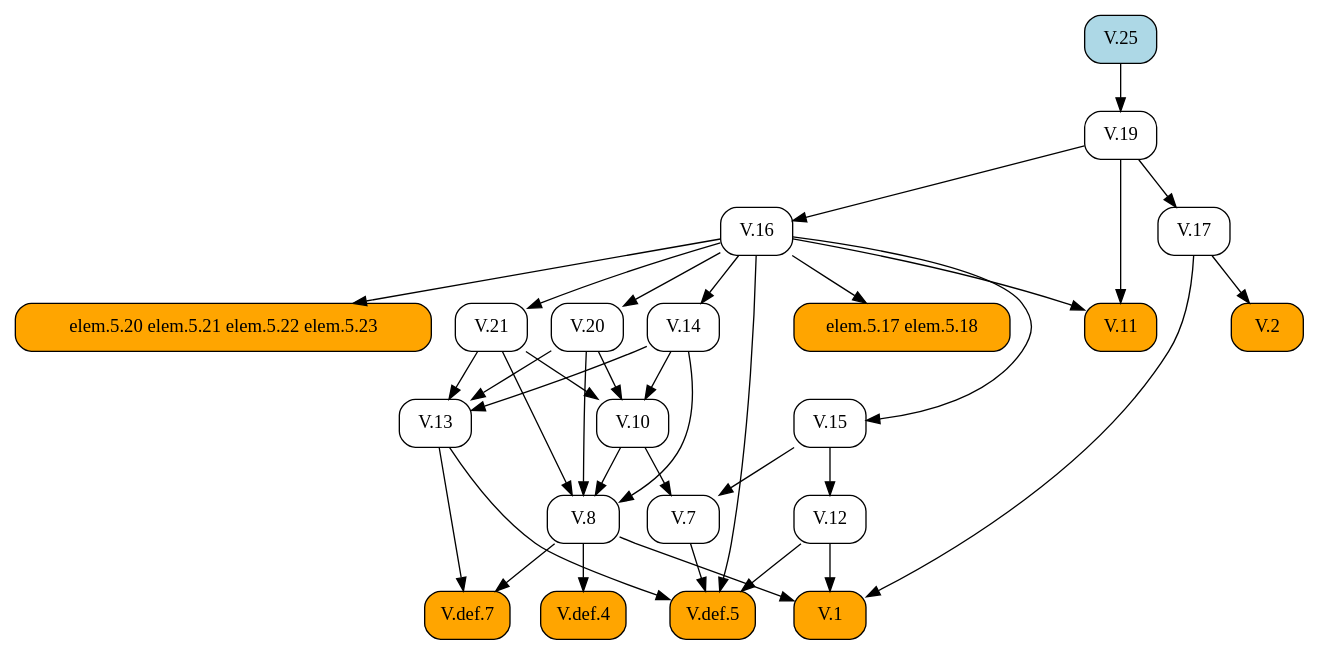
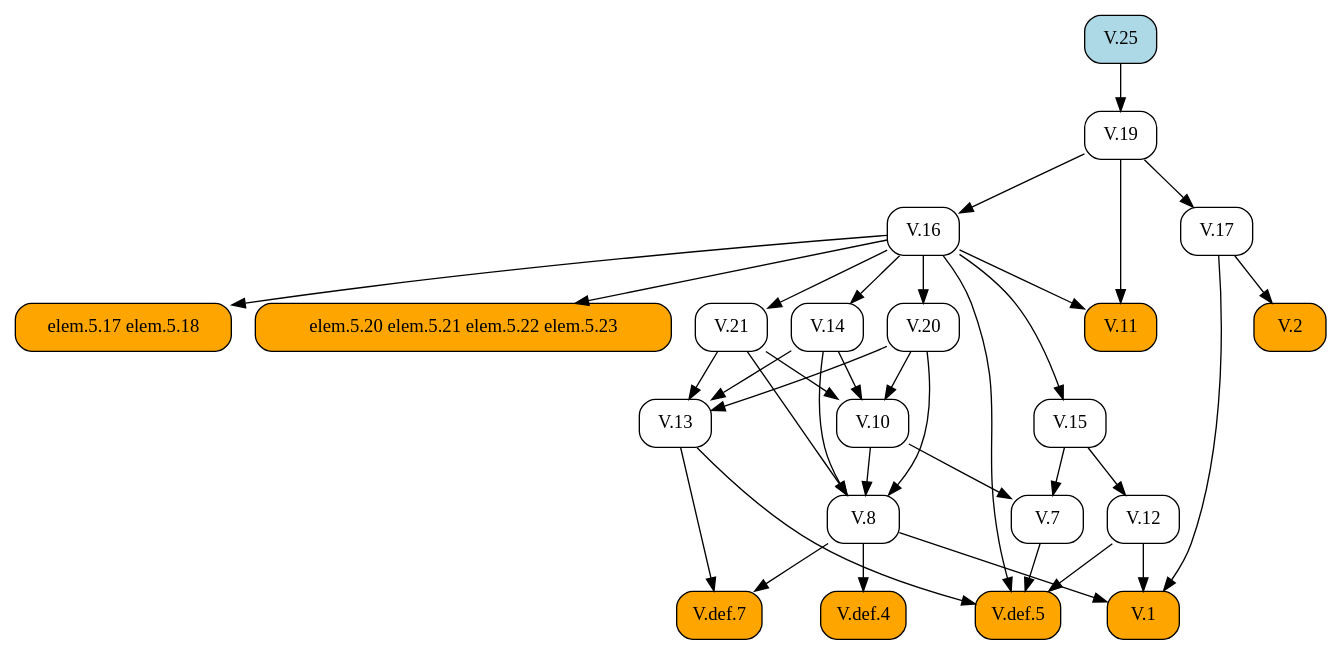
One commit to geometor/elements changed the diagram in docsrc/elements2/V/25/index.rst. Above: the diagram before and after it, drawn with Graphviz. The commit also changed other lines of this file and 171 other files, not shown here.

```diff
--- a/docsrc/elements2/V/25/index.rst
+++ b/docsrc/elements2/V/25/index.rst
@@ -60,62 +60,62 @@
 .. graphviz::
 
    digraph {
      rankdir="TB";
      node [shape=box, style=rounded];
+     "V.20" [URL="/elements2/V/20/", target="_top"];
+     "V.14" [URL="/elements2/V/14/", target="_top"];
+     "V.10" [URL="/elements2/V/10/", target="_top"];
+     "V.25" [style="rounded,filled", fillcolor=lightblue, URL="/elements2/V/25/", target="_top"];
+     "V.def.5" [style="rounded,filled", fillcolor=orange, URL="/elements2/V/def.5/", target="_top"];
+     "V.def.4" [style="rounded,filled", fillcolor=orange, URL="/elements2/V/def.4/", target="_top"];
+     "V.2" [style="rounded,filled", fillcolor=orange, URL="/elements2/V/2/", target="_top"];
+     "V.7" [URL="/elements2/V/7/", target="_top"];
      "elem.5.17 elem.5.18" [style="rounded,filled", fillcolor=orange];
+     "V.13" [URL="/elements2/V/13/", target="_top"];
+     "V.11" [style="rounded,filled", fillcolor=orange, URL="/elements2/V/11/", target="_top"];
+     "V.1" [style="rounded,filled", fillcolor=orange, URL="/elements2/V/1/", target="_top"];
+     "elem.5.20 elem.5.21 elem.5.22 elem.5.23" [style="rounded,filled", fillcolor=orange];
+     "V.12" [URL="/elements2/V/12/", target="_top"];
+     "V.21" [URL="/elements2/V/21/", target="_top"];
      "V.16" [URL="/elements2/V/16/", target="_top"];
-     "V.1" [style="rounded,filled", fillcolor=orange, URL="/elements2/V/1/", target="_top"];
-     "V.7" [URL="/elements2/V/7/", target="_top"];
-     "V.21" [URL="/elements2/V/21/", target="_top"];
+     "V.19" [URL="/elements2/V/19/", target="_top"];
+     "V.15" [URL="/elements2/V/15/", target="_top"];
      "V.8" [URL="/elements2/V/8/", target="_top"];
-     "elem.5.20 elem.5.21 elem.5.22 elem.5.23" [style="rounded,filled", fillcolor=orange];
-     "V.def.5" [style="rounded,filled", fillcolor=orange, URL="/elements2/V/def.5/", target="_top"];
      "V.def.7" [style="rounded,filled", fillcolor=orange, URL="/elements2/V/def.7/", target="_top"];
-     "V.def.4" [style="rounded,filled", fillcolor=orange, URL="/elements2/V/def.4/", target="_top"];
-     "V.11" [style="rounded,filled", fillcolor=orange, URL="/elements2/V/11/", target="_top"];
-     "V.25" [style="rounded,filled", fillcolor=lightblue, URL="/elements2/V/25/", target="_top"];
-     "V.10" [URL="/elements2/V/10/", target="_top"];
      "V.17" [URL="/elements2/V/17/", target="_top"];
-     "V.12" [URL="/elements2/V/12/", target="_top"];
-     "V.2" [style="rounded,filled", fillcolor=orange, URL="/elements2/V/2/", target="_top"];
-     "V.19" [URL="/elements2/V/19/", target="_top"];
-     "V.14" [URL="/elements2/V/14/", target="_top"];
-     "V.15" [URL="/elements2/V/15/", target="_top"];
-     "V.13" [URL="/elements2/V/13/", target="_top"];
-     "V.20" [URL="/elements2/V/20/", target="_top"];
+     "V.16" -> "V.20";
+     "V.16" -> "V.14";
+     "V.14" -> "V.10";
+     "V.20" -> "V.10";
+     "V.21" -> "V.10";
+     "V.7" -> "V.def.5";
+     "V.12" -> "V.def.5";
+     "V.13" -> "V.def.5";
+     "V.16" -> "V.def.5";
+     "V.8" -> "V.def.4";
+     "V.17" -> "V.2";
+     "V.10" -> "V.7";
+     "V.15" -> "V.7";
      "V.16" -> "elem.5.17 elem.5.18";
-     "V.19" -> "V.16";
+     "V.14" -> "V.13";
+     "V.20" -> "V.13";
+     "V.21" -> "V.13";
+     "V.16" -> "V.11";
+     "V.19" -> "V.11";
      "V.8" -> "V.1";
      "V.12" -> "V.1";
      "V.17" -> "V.1";
-     "V.10" -> "V.7";
-     "V.15" -> "V.7";
+     "V.16" -> "elem.5.20 elem.5.21 elem.5.22 elem.5.23";
+     "V.15" -> "V.12";
      "V.16" -> "V.21";
+     "V.19" -> "V.16";
+     "V.25" -> "V.19";
+     "V.16" -> "V.15";
      "V.10" -> "V.8";
      "V.14" -> "V.8";
      "V.20" -> "V.8";
      "V.21" -> "V.8";
-     "V.16" -> "elem.5.20 elem.5.21 elem.5.22 elem.5.23";
-     "V.7" -> "V.def.5";
-     "V.12" -> "V.def.5";
-     "V.13" -> "V.def.5";
-     "V.16" -> "V.def.5";
      "V.8" -> "V.def.7";
      "V.13" -> "V.def.7";
-     "V.8" -> "V.def.4";
-     "V.16" -> "V.11";
-     "V.19" -> "V.11";
-     "V.14" -> "V.10";
-     "V.20" -> "V.10";
-     "V.21" -> "V.10";
      "V.19" -> "V.17";
-     "V.15" -> "V.12";
-     "V.17" -> "V.2";
-     "V.25" -> "V.19";
-     "V.16" -> "V.14";
-     "V.16" -> "V.15";
-     "V.14" -> "V.13";
-     "V.20" -> "V.13";
-     "V.21" -> "V.13";
-     "V.16" -> "V.20";
    }
```
